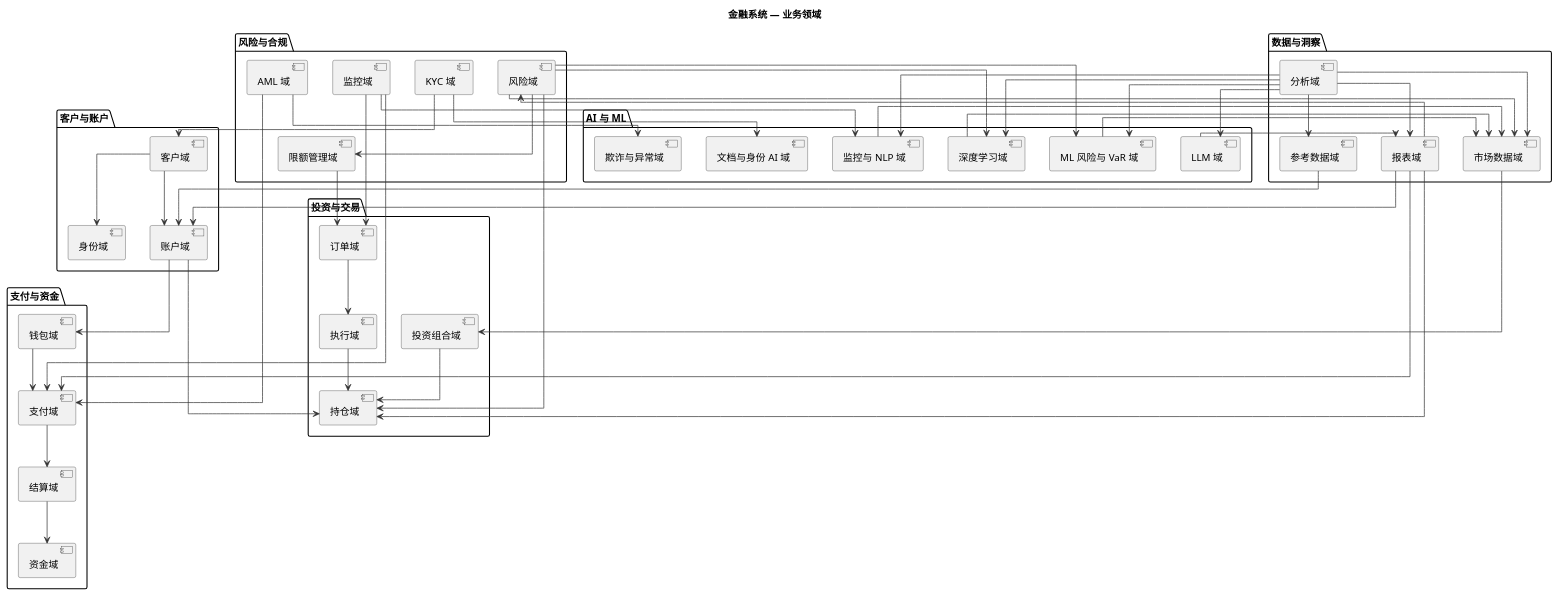
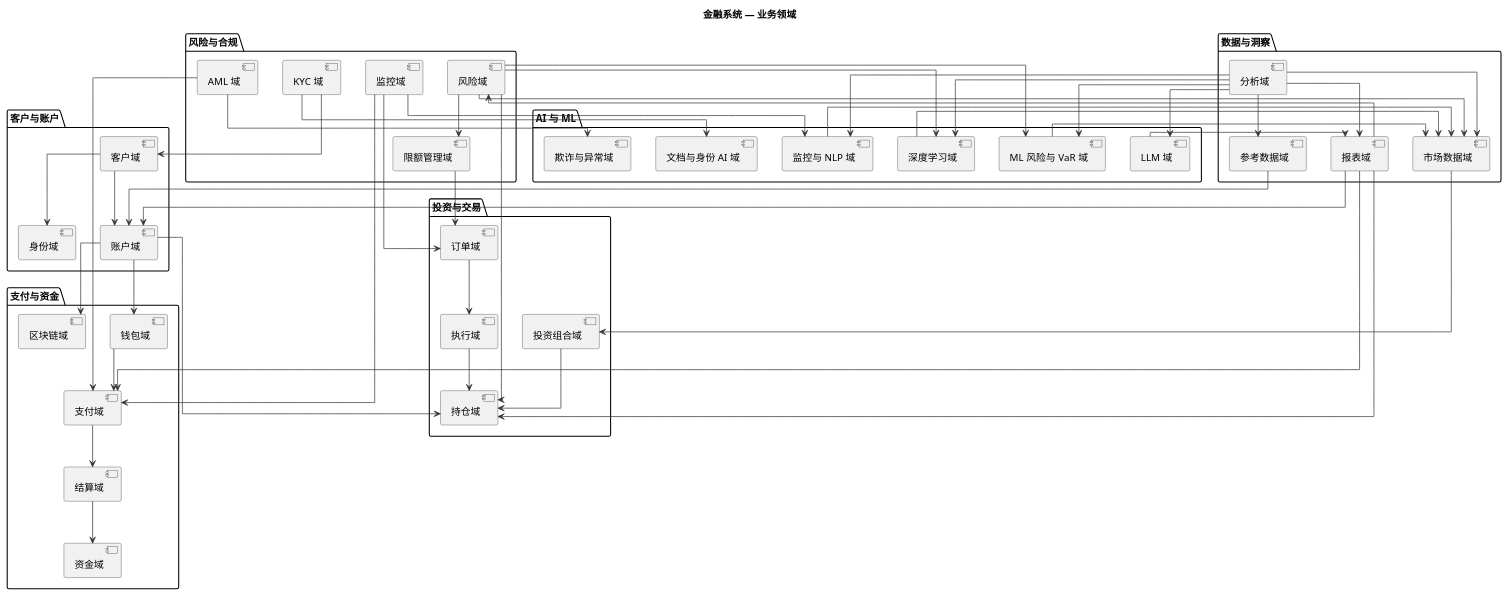
Before and after one commit to felixzhu97/finpulse: the diagram in docs/zh/domain/finance-system-domains.puml, drawn with PlantUML. The commit also changed 43 other files, not shown here.

```diff
--- a/docs/zh/domain/finance-system-domains.puml
+++ b/docs/zh/domain/finance-system-domains.puml
@@ -1,104 +1,106 @@
 @startuml
 skinparam linetype ortho
 
 skinparam component {
   BorderColor #333333
   ArrowColor #333333
 }
 
 title 金融系统 — 业务领域
 
 package "客户与账户" {
   component "客户域" as CustomerDomain
   component "身份域" as IdentityDomain
   component "账户域" as AccountDomain
 }
 
 package "投资与交易" {
   component "投资组合域" as PortfolioDomain
   component "订单域" as OrderDomain
   component "执行域" as ExecutionDomain
   component "持仓域" as PositionDomain
 }
 
 package "支付与资金" {
   component "钱包域" as WalletDomain
   component "支付域" as PaymentDomain
   component "结算域" as SettlementDomain
   component "资金域" as TreasuryDomain
+  component "区块链域" as BlockchainDomain
 }
 
 package "风险与合规" {
   component "风险域" as RiskDomain
   component "限额管理域" as LimitDomain
   component "KYC 域" as KycDomain
   component "AML 域" as AmlDomain
   component "监控域" as MonitoringDomain
 }
 
 package "数据与洞察" {
   component "市场数据域" as MarketDataDomain
   component "参考数据域" as ReferenceDataDomain
   component "报表域" as ReportingDomain
   component "分析域" as AnalyticsDomain
 }
 
 package "AI 与 ML" {
   component "ML 风险与 VaR 域" as MlRiskDomain
   component "深度学习域" as DlDomain
   component "LLM 域" as LlmDomain
   component "文档与身份 AI 域" as DocumentAIDomain
   component "欺诈与异常域" as FraudAIDomain
   component "监控与 NLP 域" as SurveillanceNlpDomain
 }
 
 CustomerDomain --> IdentityDomain
 CustomerDomain --> AccountDomain
 AccountDomain --> PositionDomain
 AccountDomain --> WalletDomain
+AccountDomain --> BlockchainDomain
 
 PortfolioDomain --> PositionDomain
 OrderDomain --> ExecutionDomain
 ExecutionDomain --> PositionDomain
 
 WalletDomain --> PaymentDomain
 PaymentDomain --> SettlementDomain
 SettlementDomain --> TreasuryDomain
 
 RiskDomain --> LimitDomain
 RiskDomain --> PositionDomain
 RiskDomain --> MarketDataDomain
 LimitDomain --> OrderDomain
 
 KycDomain --> CustomerDomain
 AmlDomain --> PaymentDomain
 MonitoringDomain --> OrderDomain
 MonitoringDomain --> PaymentDomain
 
 ReportingDomain --> AccountDomain
 ReportingDomain --> PositionDomain
 ReportingDomain --> PaymentDomain
 ReportingDomain --> RiskDomain
 
 AnalyticsDomain --> MarketDataDomain
 AnalyticsDomain --> ReferenceDataDomain
 AnalyticsDomain --> ReportingDomain
 
 RiskDomain --> MlRiskDomain
 KycDomain --> DocumentAIDomain
 AmlDomain --> FraudAIDomain
 MonitoringDomain --> SurveillanceNlpDomain
 AnalyticsDomain --> MlRiskDomain
 AnalyticsDomain --> DlDomain
 AnalyticsDomain --> SurveillanceNlpDomain
 AnalyticsDomain --> LlmDomain
 RiskDomain --> DlDomain
 MlRiskDomain --> MarketDataDomain
 DlDomain --> MarketDataDomain
 SurveillanceNlpDomain --> MarketDataDomain
 LlmDomain --> ReportingDomain
 
 MarketDataDomain --> PortfolioDomain
 ReferenceDataDomain --> AccountDomain
 
 @enduml
```
